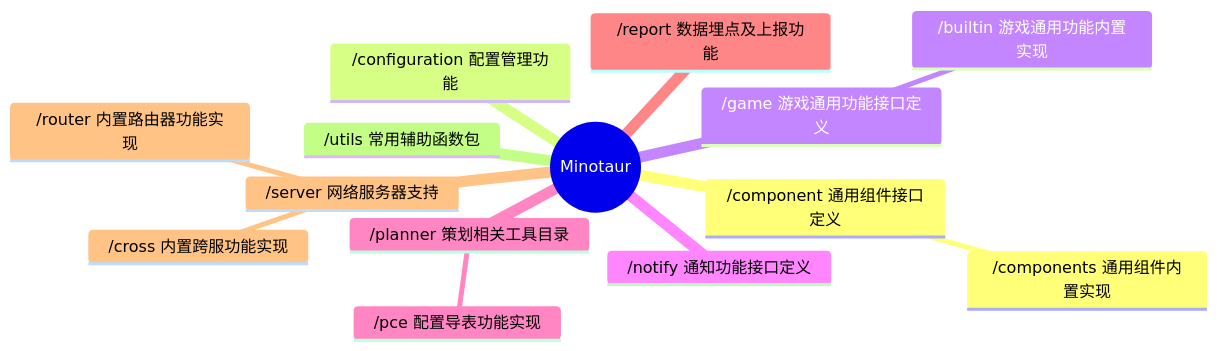
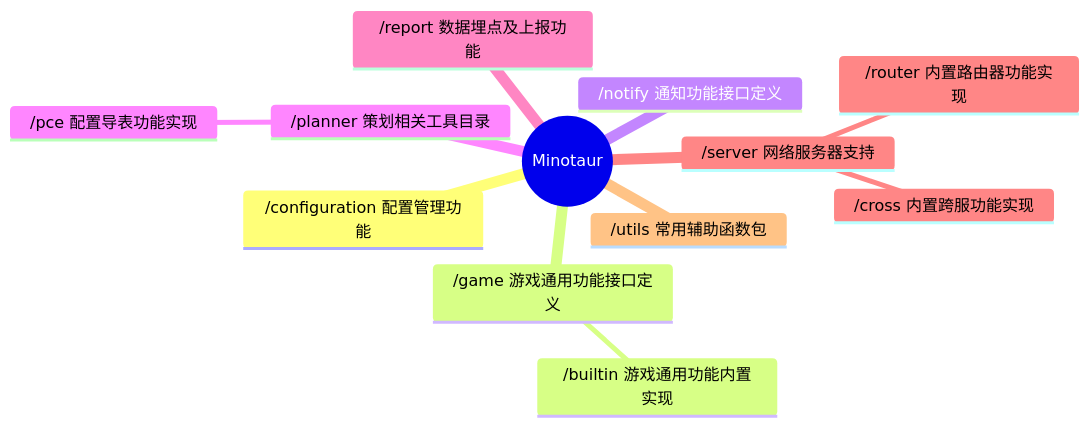
Before and after one commit to kercylan98/minotaur: the diagram in README.md, drawn with Mermaid. The commit also changed 8 other files, not shown here.

````diff
--- a/README.md
+++ b/README.md
@@ -11,17 +11,15 @@
 ```mermaid
 mindmap
   root((Minotaur))
-    /component 通用组件接口定义
-      /components 通用组件内置实现
     /configuration 配置管理功能
     /game 游戏通用功能接口定义
       /builtin 游戏通用功能内置实现
     /notify 通知功能接口定义
     /planner 策划相关工具目录
       /pce 配置导表功能实现
     /report 数据埋点及上报功能
     /server 网络服务器支持
       /cross 内置跨服功能实现
       /router 内置路由器功能实现
     /utils 常用辅助函数包
 ```
````
